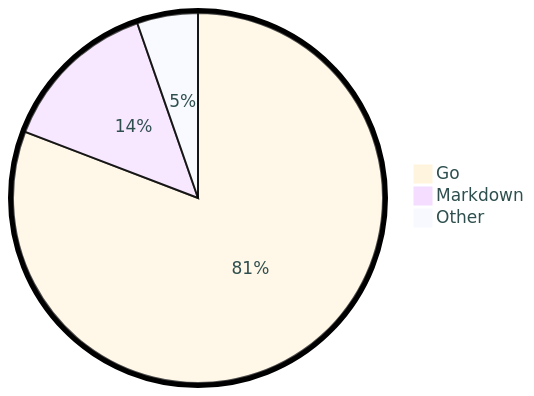
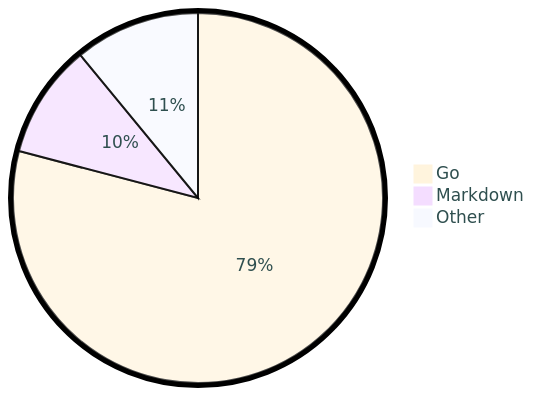
Before and after one commit to tot0p/tot0p: the diagram in README.md, drawn with Mermaid. The commit also changed other lines of this file, not shown here.

````diff
--- a/README.md
+++ b/README.md
@@ -71,7 +73,7 @@
 ```mermaid
 %%{init: {"pie": {"textPosition": 0.5}, "themeVariables": {"pieOuterStrokeWidth": "5px","primaryTextColor" : "#2F4F4F"},"theme":"base"} }%%
 pie
-	"Go": 80.81
-	"Markdown": 13.86
-	"Other": 5.3199999999999985
+	"Go": 79.08
+	"Markdown": 9.96
+	"Other": 10.959999999999999
 ```
````
